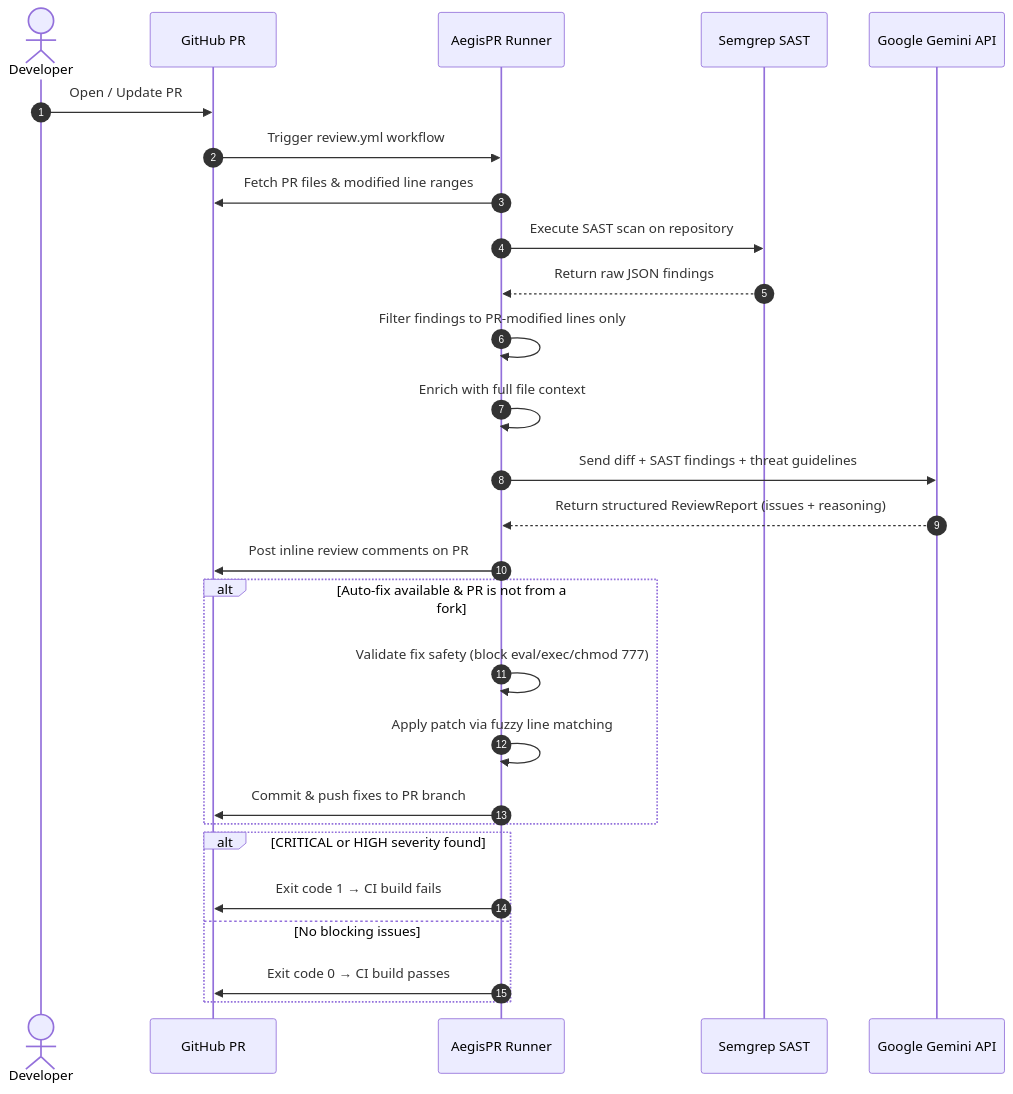
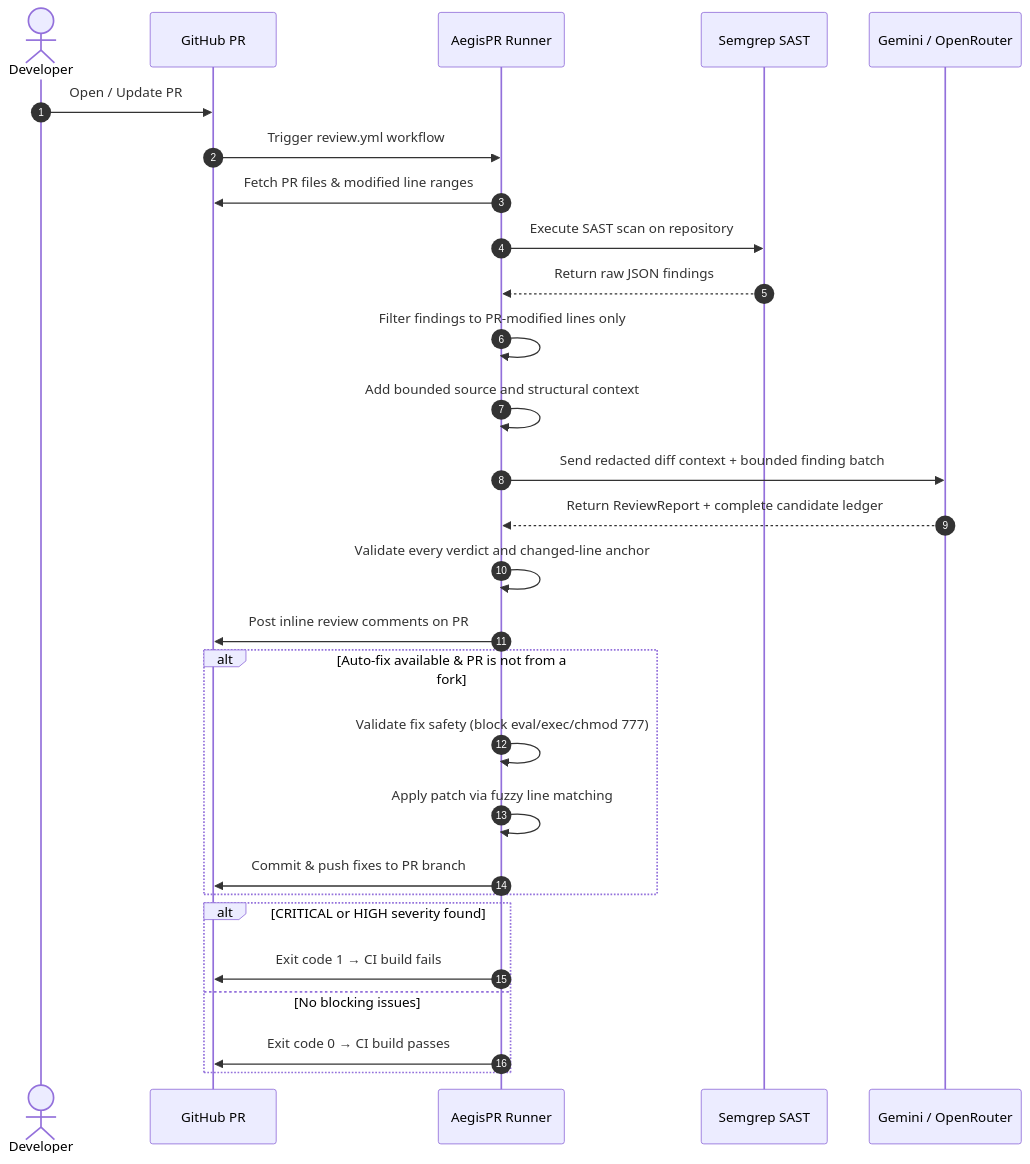
One commit to AlaeddinSrour/AegisPR changed the diagram in README.md. Above: the diagram before and after it, drawn with Mermaid. The commit also changed other lines of this file and 51 other files, not shown here.

````diff
--- a/README.md
+++ b/README.md
@@ -74,30 +77,31 @@
 ```mermaid
 sequenceDiagram
     autonumber
     actor Developer
     participant GH as GitHub PR
     participant Runner as AegisPR Runner
     participant Semgrep as Semgrep SAST
-    participant Gemini as Google Gemini API
+    participant AI as Gemini / OpenRouter
 
     Developer->>GH: Open / Update PR
     GH->>Runner: Trigger review.yml workflow
     Runner->>GH: Fetch PR files & modified line ranges
     Runner->>Semgrep: Execute SAST scan on repository
     Semgrep-->>Runner: Return raw JSON findings
     Runner->>Runner: Filter findings to PR-modified lines only
-    Runner->>Runner: Enrich with full file context
-    Runner->>Gemini: Send diff + SAST findings + threat guidelines
-    Gemini-->>Runner: Return structured ReviewReport (issues + reasoning)
+    Runner->>Runner: Add bounded source and structural context
+    Runner->>AI: Send redacted diff context + bounded finding batch
+    AI-->>Runner: Return ReviewReport + complete candidate ledger
+    Runner->>Runner: Validate every verdict and changed-line anchor
     Runner->>GH: Post inline review comments on PR
     alt Auto-fix available & PR is not from a fork
         Runner->>Runner: Validate fix safety (block eval/exec/chmod 777)
         Runner->>Runner: Apply patch via fuzzy line matching
         Runner->>GH: Commit & push fixes to PR branch
     end
     alt CRITICAL or HIGH severity found
         Runner->>GH: Exit code 1 → CI build fails
     else No blocking issues
         Runner->>GH: Exit code 0 → CI build passes
     end
 ```
````
